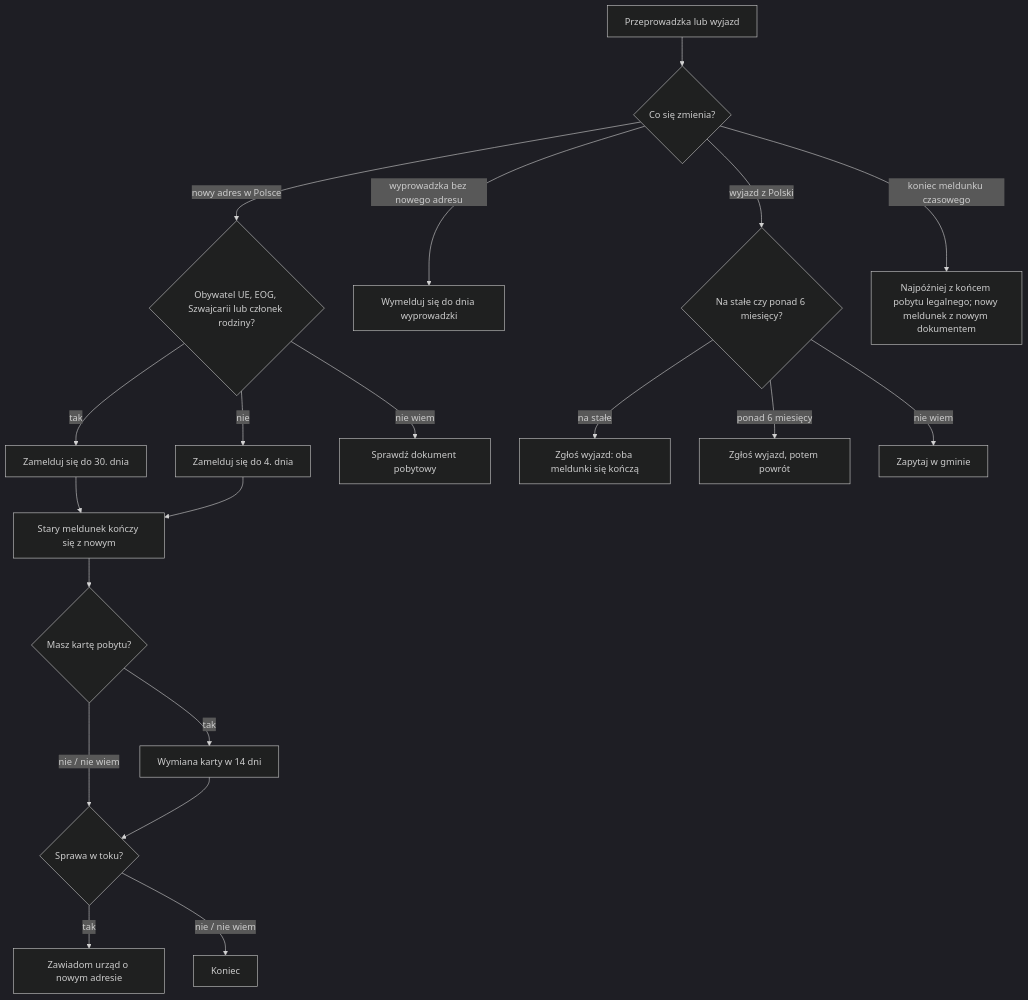
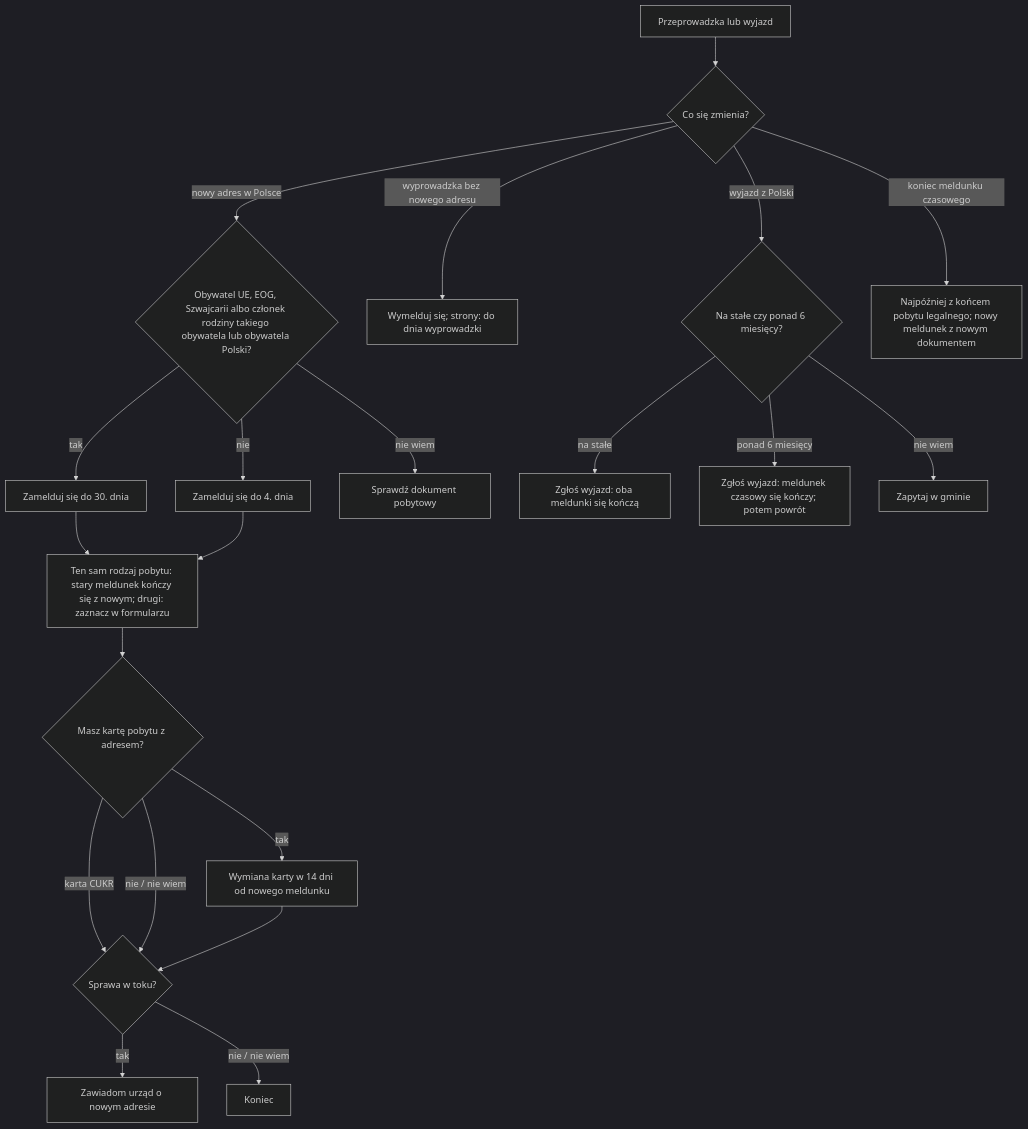
Before and after one commit to wrzalkosowskilukaszz/formalka-next: the diagram in docs/formalka-next/maps/moving.md, drawn with Mermaid (dark theme). The commit also changed other lines of this file and 6 other files, not shown here.

````diff
--- a/docs/formalka-next/maps/moving.md
+++ b/docs/formalka-next/maps/moving.md
@@ -112,22 +117,23 @@
 ```mermaid
 flowchart TD
   A[Przeprowadzka lub wyjazd] --> B{Co się zmienia?}
-  B -- nowy adres w Polsce --> C{Obywatel UE, EOG, Szwajcarii lub członek rodziny?}
+  B -- nowy adres w Polsce --> C{Obywatel UE, EOG, Szwajcarii albo członek rodziny takiego obywatela lub obywatela Polski?}
   C -- tak --> D30[Zamelduj się do 30. dnia]
   C -- nie --> D4[Zamelduj się do 4. dnia]
   C -- nie wiem --> DQ[Sprawdź dokument pobytowy]
-  D30 --> O[Stary meldunek kończy się z nowym]
+  D30 --> O[Ten sam rodzaj pobytu: stary meldunek kończy się z nowym; drugi: zaznacz w formularzu]
   D4 --> O
-  O --> K{Masz kartę pobytu?}
-  K -- tak --> KW[Wymiana karty w 14 dni]
+  O --> K{Masz kartę pobytu z adresem?}
+  K -- tak --> KW[Wymiana karty w 14 dni od nowego meldunku]
+  K -- karta CUKR --> S
   K -- nie / nie wiem --> S
   KW --> S{Sprawa w toku?}
   S -- tak --> SN[Zawiadom urząd o nowym adresie]
   S -- nie / nie wiem --> E[Koniec]
-  B -- wyprowadzka bez nowego adresu --> W[Wymelduj się do dnia wyprowadzki]
+  B -- wyprowadzka bez nowego adresu --> W[Wymelduj się; strony: do dnia wyprowadzki]
   B -- wyjazd z Polski --> Y{Na stałe czy ponad 6 miesięcy?}
   Y -- na stałe --> Y1[Zgłoś wyjazd: oba meldunki się kończą]
-  Y -- ponad 6 miesięcy --> Y2[Zgłoś wyjazd, potem powrót]
+  Y -- ponad 6 miesięcy --> Y2[Zgłoś wyjazd: meldunek czasowy się kończy; potem powrót]
   Y -- nie wiem --> YQ[Zapytaj w gminie]
   B -- koniec meldunku czasowego --> M[Najpóźniej z końcem pobytu legalnego; nowy meldunek z nowym dokumentem]
 ```
````
